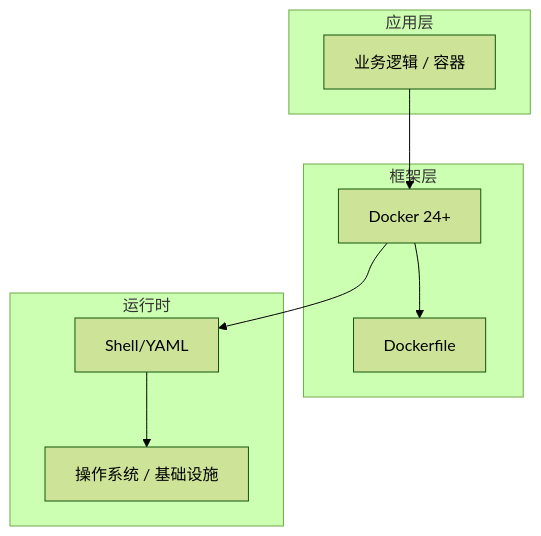
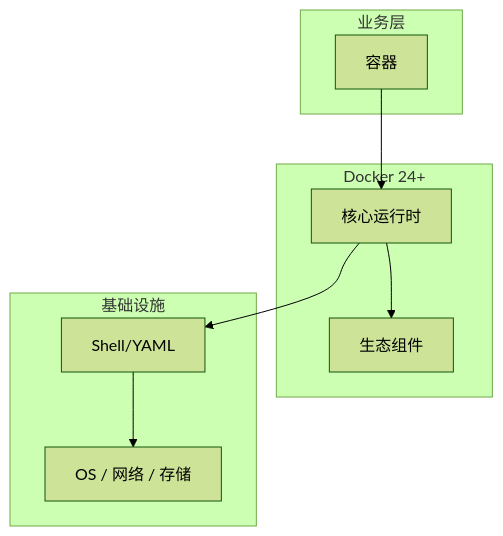
Before and after one commit to yanggan2015/knowledge-json-v2: the diagram in articles/Docker/chapters/015-容器核心概念与原理.md, drawn with Mermaid (forest theme). The commit also changed other lines of this file and 10127 other files, not shown here.

````diff
--- a/articles/Docker/chapters/015-容器核心概念与原理.md
+++ b/articles/Docker/chapters/015-容器核心概念与原理.md
@@ -45,18 +30,18 @@
 ```mermaid
 graph TB
-    subgraph 应用层
-        A[业务逻辑 / 容器]
+    subgraph 业务层
+        A[容器]
     end
-    subgraph 框架层
-        B[Docker 24+]
-        C[Dockerfile]
+    subgraph Docker 24+
+        B[核心运行时]
+        C[生态组件]
     end
-    subgraph 运行时
+    subgraph 基础设施
         D[Shell/YAML]
-        E[操作系统 / 基础设施]
+        E[OS / 网络 / 存储]
     end
     A --> B
     B --> C
     B --> D
     D --> E
 ```
````
